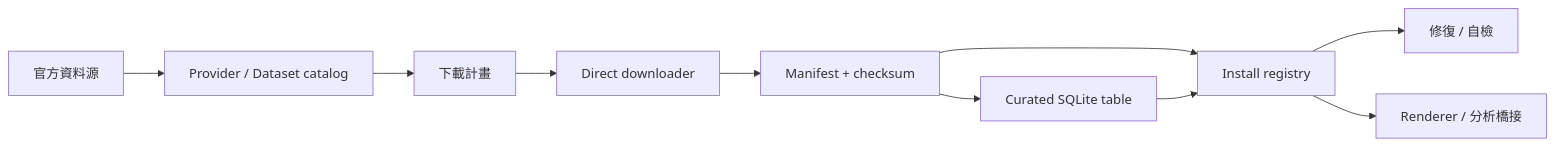
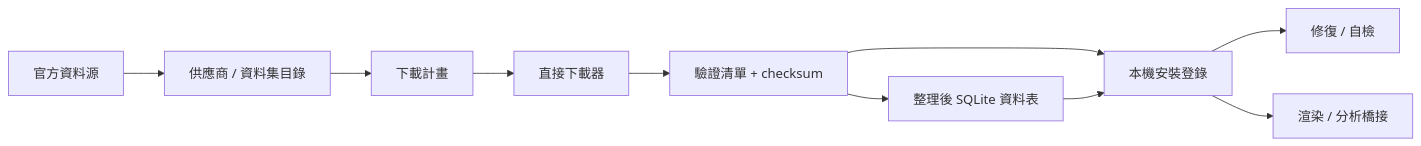
One commit to YanAnnLu/APIkeys_collection changed the first of 3 diagrams in docs/TECHNICAL_OVERVIEW.zh-TW.md. Above: the diagram before and after it, drawn with Mermaid. The commit also changed other lines of this file and 17 other files, not shown here.

````diff
--- a/docs/TECHNICAL_OVERVIEW.zh-TW.md
+++ b/docs/TECHNICAL_OVERVIEW.zh-TW.md
@@ -45,22 +45,22 @@
 ```mermaid
 flowchart LR
     Source[官方資料源]
-    Catalog[Provider / Dataset catalog]
+    Catalog[供應商 / 資料集目錄]
     Plan[下載計畫]
-    Download[Direct downloader]
-    Manifest[Manifest + checksum]
-    Registry[Install registry]
-    Curated[Curated SQLite table]
+    Download[直接下載器]
+    Manifest[驗證清單 + checksum]
+    Registry[本機安裝登錄]
+    Curated[整理後 SQLite 資料表]
     Repair[修復 / 自檢]
-    Bridge[Renderer / 分析橋接]
+    Bridge[渲染 / 分析橋接]
 
     Source --> Catalog
     Catalog --> Plan
     Plan --> Download
     Download --> Manifest
     Manifest --> Registry
     Manifest --> Curated
     Curated --> Registry
     Registry --> Repair
     Registry --> Bridge
 ```
````
